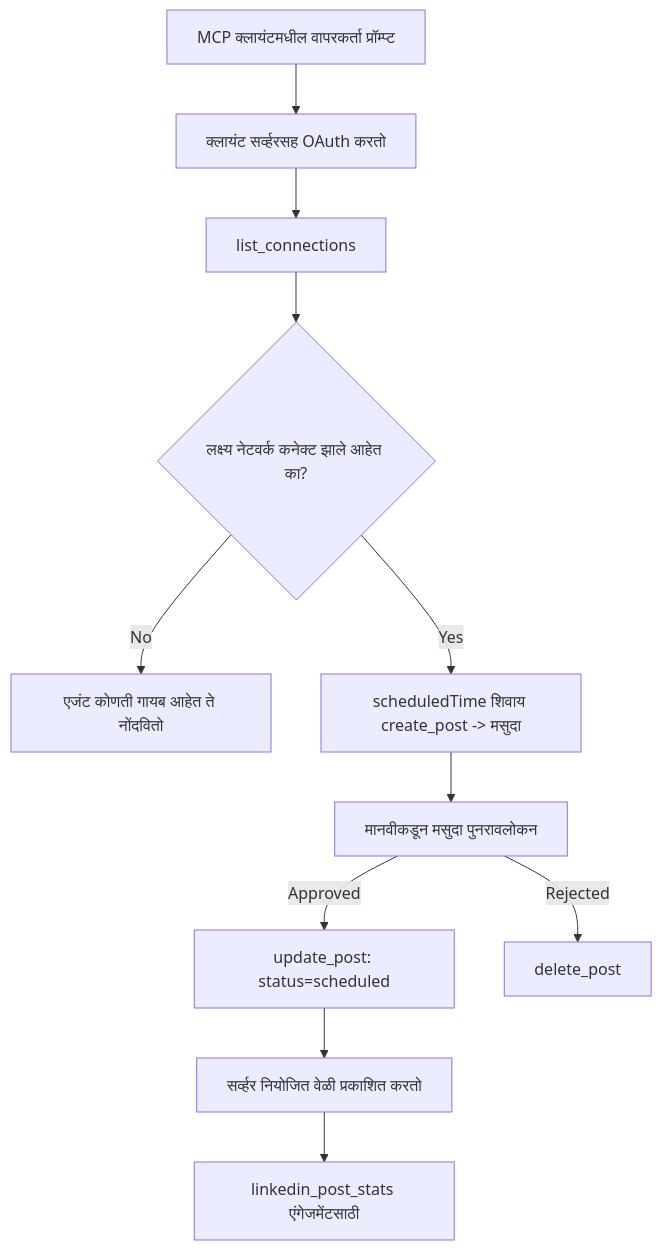
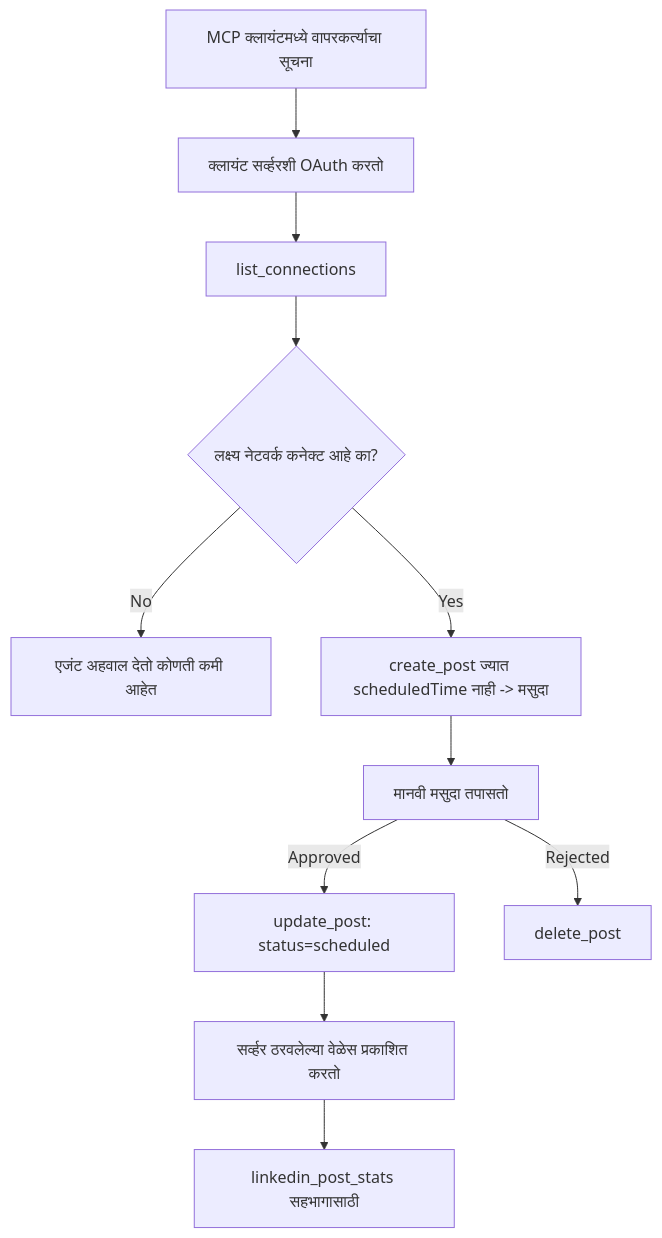
Before and after one commit to microsoft/mcp-for-beginners: the diagram in translations/mr/09-CaseStudy/publora-social-publishing.md, drawn with Mermaid. The commit also changed other lines of this file and 118 other files, not shown here.

````diff
--- a/translations/mr/09-CaseStudy/publora-social-publishing.md
+++ b/translations/mr/09-CaseStudy/publora-social-publishing.md
@@ -47,13 +47,13 @@
 ```mermaid
 flowchart TD
-    A[MCP क्लायंटमधील वापरकर्ता प्रॉम्प्ट] --> B[क्लायंट सर्व्हरसह OAuth करतो]
+    A[MCP क्लायंटमध्ये वापरकर्त्याचा सूचना] --> B[क्लायंट सर्व्हरशी OAuth करतो]
     B --> C[list_connections]
-    C --> D{लक्ष्य नेटवर्क कनेक्ट झाले आहेत का?}
-    D -- No --> E[एजंट कोणती गायब आहेत ते नोंदवितो]
-    D -- Yes --> F[scheduledTime शिवाय create_post -> मसुदा]
-    F --> G[मानवीकडून मसुदा पुनरावलोकन]
+    C --> D{लक्ष्य नेटवर्क कनेक्ट आहे का?}
+    D -- No --> E[एजंट अहवाल देतो कोणती कमी आहेत]
+    D -- Yes --> F[create_post ज्यात scheduledTime नाही -> मसुदा]
+    F --> G[मानवी मसुदा तपासतो]
     G -- Approved --> H[update_post: status=scheduled]
     G -- Rejected --> I[delete_post]
-    H --> J[सर्व्हर नियोजित वेळी प्रकाशित करतो]
-    J --> K[linkedin_post_stats एंगेजमेंटसाठी]
+    H --> J[सर्व्हर ठरवलेल्या वेळेस प्रकाशित करतो]
+    J --> K[linkedin_post_stats सहभागासाठी]
 ```
````
